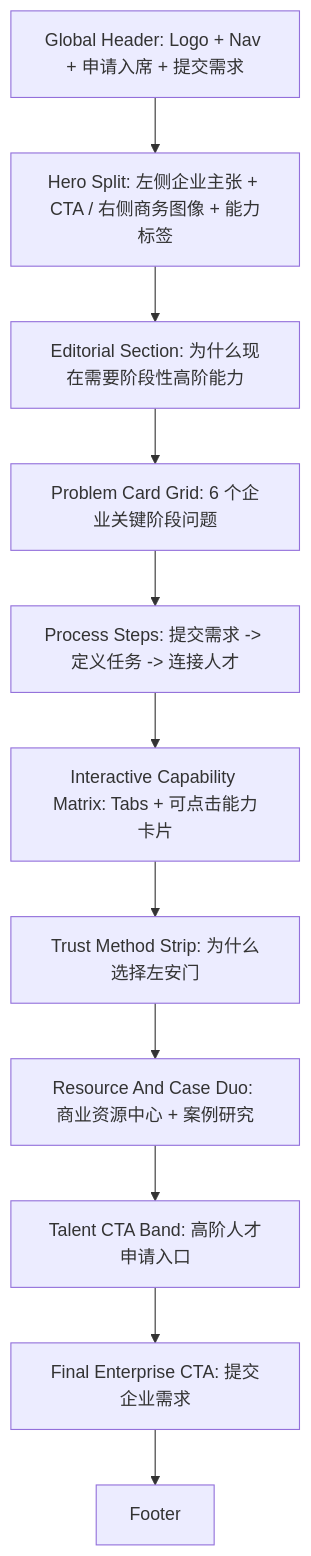
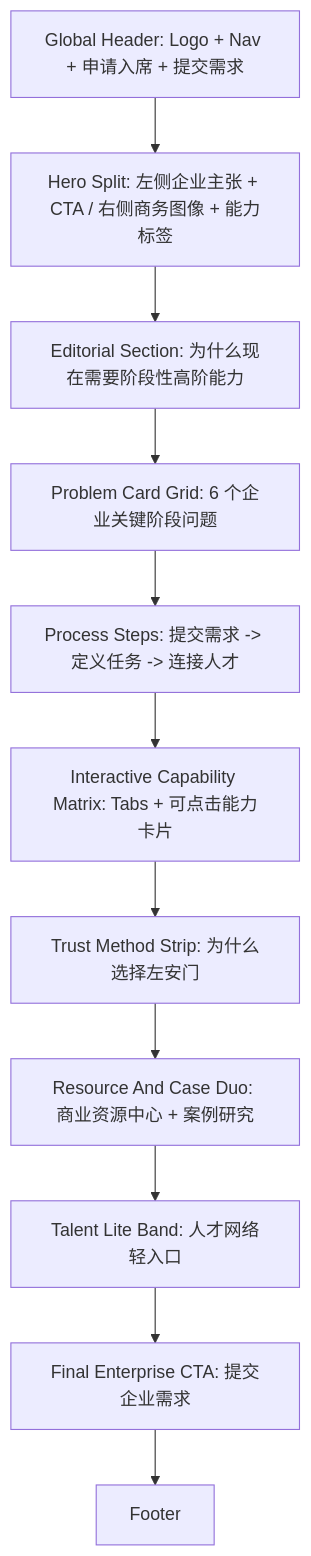
The diagram in docs/01-home.md (Gaming33/zan), drawn with Mermaid before and after one commit. The commit also changed other lines of this file and 2 other files, not shown here.

Commit message:
Refine homepage CTA and typography

````diff
--- a/docs/01-home.md
+++ b/docs/01-home.md
@@ -668,13 +664,13 @@
 ```mermaid
 flowchart TD
   A[Global Header: Logo + Nav + 申请入席 + 提交需求] --> B[Hero Split: 左侧企业主张 + CTA / 右侧商务图像 + 能力标签]
   B --> D[Editorial Section: 为什么现在需要阶段性高阶能力]
   D --> E[Problem Card Grid: 6 个企业关键阶段问题]
   E --> F[Process Steps: 提交需求 -> 定义任务 -> 连接人才]
   F --> G[Interactive Capability Matrix: Tabs + 可点击能力卡片]
   G --> H[Trust Method Strip: 为什么选择左安门]
   H --> I[Resource And Case Duo: 商业资源中心 + 案例研究]
-  I --> J[Talent CTA Band: 高阶人才申请入口]
+  I --> J[Talent Lite Band: 人才网络轻入口]
   J --> K[Final Enterprise CTA: 提交企业需求]
   K --> L[Footer]
 ```
````
